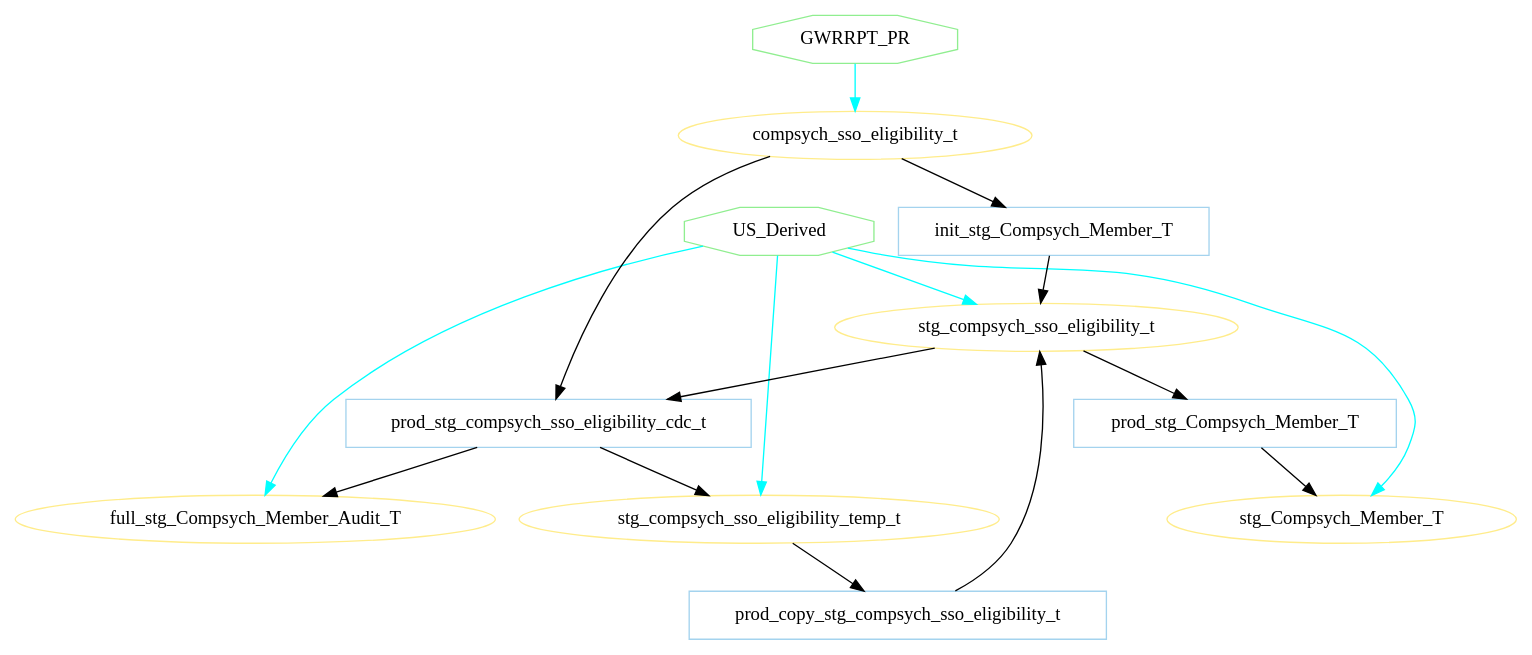
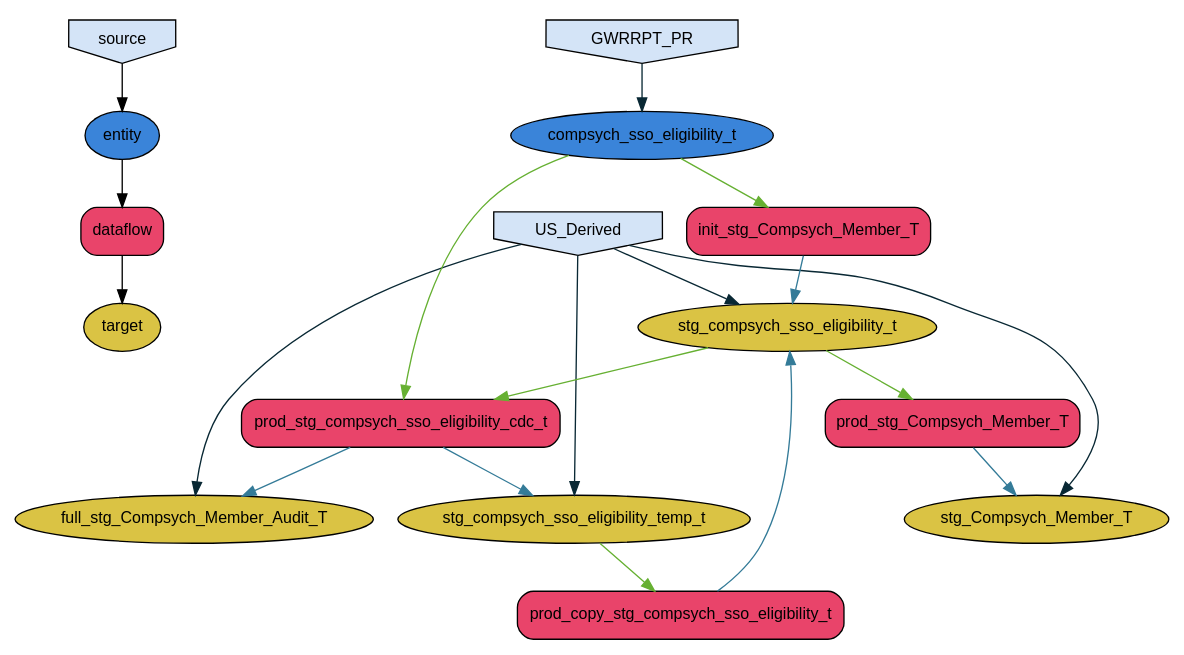
Before and after one commit to maurice1408/podium-dataflow-dependency-tree: the diagram in prod_stg_compsych_member_t.dot, drawn with Graphviz. The commit also changed 3 other files, not shown here.

```diff
--- a/prod_stg_compsych_member_t.dot
+++ b/prod_stg_compsych_member_t.dot
@@ -1,28 +1,36 @@
 strict digraph  {
-b_6388 [color=lightskyblue2, label=prod_stg_Compsych_Member_T, n_type=bundle, nid=6388, shape=box];
-e_3957 [color=lightgoldenrod1, label=stg_Compsych_Member_T, n_type=entity, nid=3957, shape=ellipse, snid=36];
-s_36 [color=palegreen2, label=US_Derived, n_type=source, nid=36, shape=octagon];
-b_6384 [color=lightskyblue2, label=prod_copy_stg_compsych_sso_eligibility_t, n_type=bundle, nid=6384, shape=box];
-e_3954 [color=lightgoldenrod1, label=stg_compsych_sso_eligibility_t, n_type=entity, nid=3954, shape=ellipse, snid=36];
-b_6352 [color=lightskyblue2, label=prod_stg_compsych_sso_eligibility_cdc_t, n_type=bundle, nid=6352, shape=box];
-e_3956 [color=lightgoldenrod1, label=stg_compsych_sso_eligibility_temp_t, n_type=entity, nid=3956, shape=ellipse, snid=36];
-e_3955 [color=lightgoldenrod1, label=full_stg_Compsych_Member_Audit_T, n_type=entity, nid=3955, shape=ellipse, snid=36];
-e_3943 [color=lightgoldenrod1, label=compsych_sso_eligibility_t, n_type=entity, nid=3943, shape=ellipse, snid=44];
-s_44 [color=palegreen2, label=GWRRPT_PR, n_type=source, nid=44, shape=octagon];
-b_6347 [color=lightskyblue2, label=init_stg_Compsych_Member_T, n_type=bundle, nid=6347, shape=box];
-b_6388 -> e_3957;
-s_36 -> e_3957  [color=cyan];
-s_36 -> e_3954  [color=cyan];
-s_36 -> e_3956  [color=cyan];
-s_36 -> e_3955  [color=cyan];
-b_6384 -> e_3954;
-e_3954 -> b_6352;
-e_3954 -> b_6388;
-b_6352 -> e_3956;
-b_6352 -> e_3955;
-e_3956 -> b_6384;
-e_3943 -> b_6352;
-e_3943 -> b_6347;
-s_44 -> e_3943  [color=cyan];
-b_6347 -> e_3954;
+node [bgcolor="#ECF8B9", fontname=arial, fontsize=12];
+source [fillcolor="#D4E4F7", shape=invhouse, style=filled];
+entity [fillcolor="#3A84D9", shape=ellipse, style=filled];
+dataflow [fillcolor="#E9446A", shape=box, style="filled,rounded"];
+target [fillcolor="#DAC344", shape=ellipse, style=filled];
+b_52599 [fillcolor="#E9446A", label=prod_stg_Compsych_Member_T, n_type=bundle, nid=52599, shape=box, style="filled,rounded"];
+e_17738 [fillcolor="#DAC344", label=stg_Compsych_Member_T, n_type=entity, nid=17738, shape=ellipse, snid=58, style=filled];
+s_58 [fillcolor="#D4E4F7", label=US_Derived, n_type=source, nid=58, shape=invhouse, style=filled];
+b_54399 [fillcolor="#E9446A", label=init_stg_Compsych_Member_T, n_type=bundle, nid=54399, shape=box, style="filled,rounded"];
+e_18091 [fillcolor="#DAC344", label=stg_compsych_sso_eligibility_t, n_type=entity, nid=18091, shape=ellipse, snid=58, style=filled];
+e_18266 [fillcolor="#3A84D9", label=compsych_sso_eligibility_t, n_type=entity, nid=18266, shape=ellipse, snid=328, style=filled];
+s_328 [fillcolor="#D4E4F7", label=GWRRPT_PR, n_type=source, nid=328, shape=invhouse, style=filled];
+b_52612 [fillcolor="#E9446A", label=prod_copy_stg_compsych_sso_eligibility_t, n_type=bundle, nid=52612, shape=box, style="filled,rounded"];
+b_52268 [fillcolor="#E9446A", label=prod_stg_compsych_sso_eligibility_cdc_t, n_type=bundle, nid=52268, shape=box, style="filled,rounded"];
+e_18093 [fillcolor="#DAC344", label=stg_compsych_sso_eligibility_temp_t, n_type=entity, nid=18093, shape=ellipse, snid=58, style=filled];
+e_18066 [fillcolor="#DAC344", label=full_stg_Compsych_Member_Audit_T, n_type=entity, nid=18066, shape=ellipse, snid=58, style=filled];
+source -> entity;
+entity -> dataflow;
+dataflow -> target;
+b_52599 -> e_17738  [color="#347B98"];
+s_58 -> e_17738  [color="#092834"];
+s_58 -> e_18091  [color="#092834"];
+s_58 -> e_18093  [color="#092834"];
+s_58 -> e_18066  [color="#092834"];
+b_54399 -> e_18091  [color="#347B98"];
+e_18091 -> b_52268  [color="#66B032"];
+e_18091 -> b_52599  [color="#66B032"];
+e_18266 -> b_54399  [color="#66B032"];
+e_18266 -> b_52268  [color="#66B032"];
+s_328 -> e_18266  [color="#092834"];
+b_52612 -> e_18091  [color="#347B98"];
+b_52268 -> e_18093  [color="#347B98"];
+b_52268 -> e_18066  [color="#347B98"];
+e_18093 -> b_52612  [color="#66B032"];
 }
```
